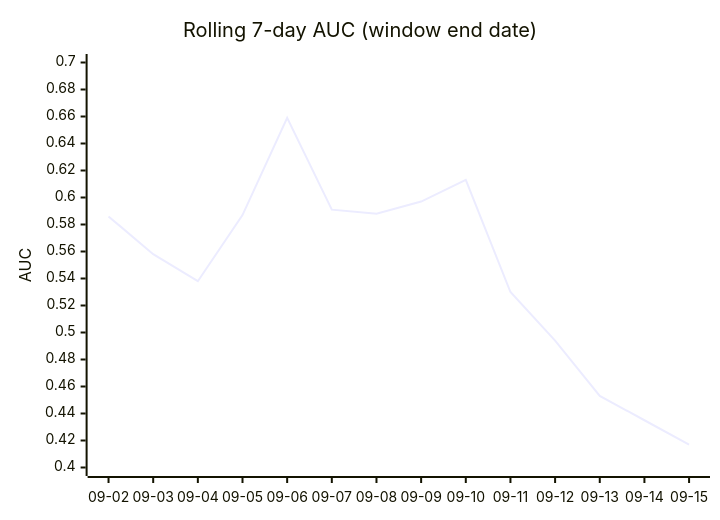
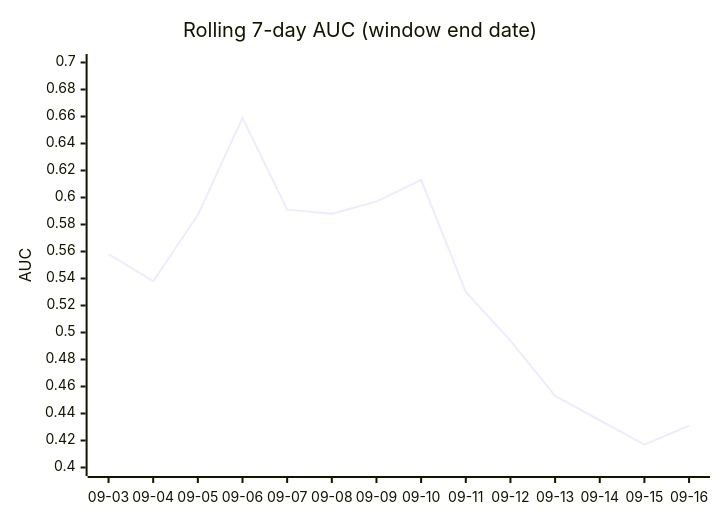
One commit to dpk1212/nhl-savant changed the third of 4 diagrams in DAILY_AGSU_REPORT.md. Above: the diagram before and after it, drawn with Mermaid. The commit also changed other lines of this file, not shown here.

````diff
--- a/DAILY_AGSU_REPORT.md
+++ b/DAILY_AGSU_REPORT.md
@@ -858,7 +866,7 @@
 ```mermaid
 xychart-beta
     title "Rolling 7-day AUC (window end date)"
-    x-axis ["09-02", "09-03", "09-04", "09-05", "09-06", "09-07", "09-08", "09-09", "09-10", "09-11", "09-12", "09-13", "09-14", "09-15"]
+    x-axis ["09-03", "09-04", "09-05", "09-06", "09-07", "09-08", "09-09", "09-10", "09-11", "09-12", "09-13", "09-14", "09-15", "09-16"]
     y-axis "AUC" 0.4 --> 0.7
-    line [0.586, 0.558, 0.538, 0.587, 0.659, 0.591, 0.588, 0.597, 0.613, 0.53, 0.494, 0.453, 0.435, 0.417]
+    line [0.558, 0.538, 0.587, 0.659, 0.591, 0.588, 0.597, 0.613, 0.53, 0.494, 0.453, 0.435, 0.417, 0.431]
 ```
````
